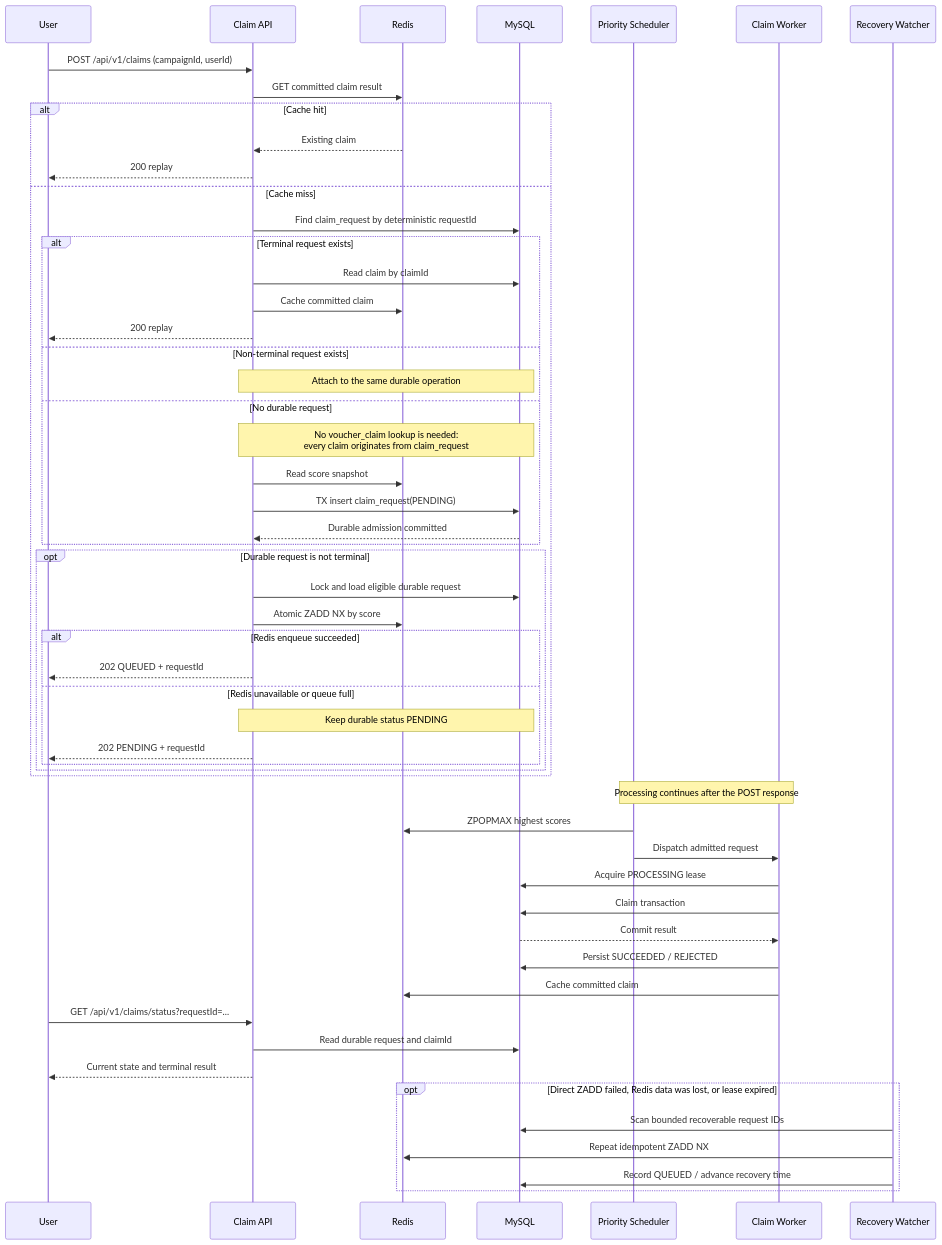
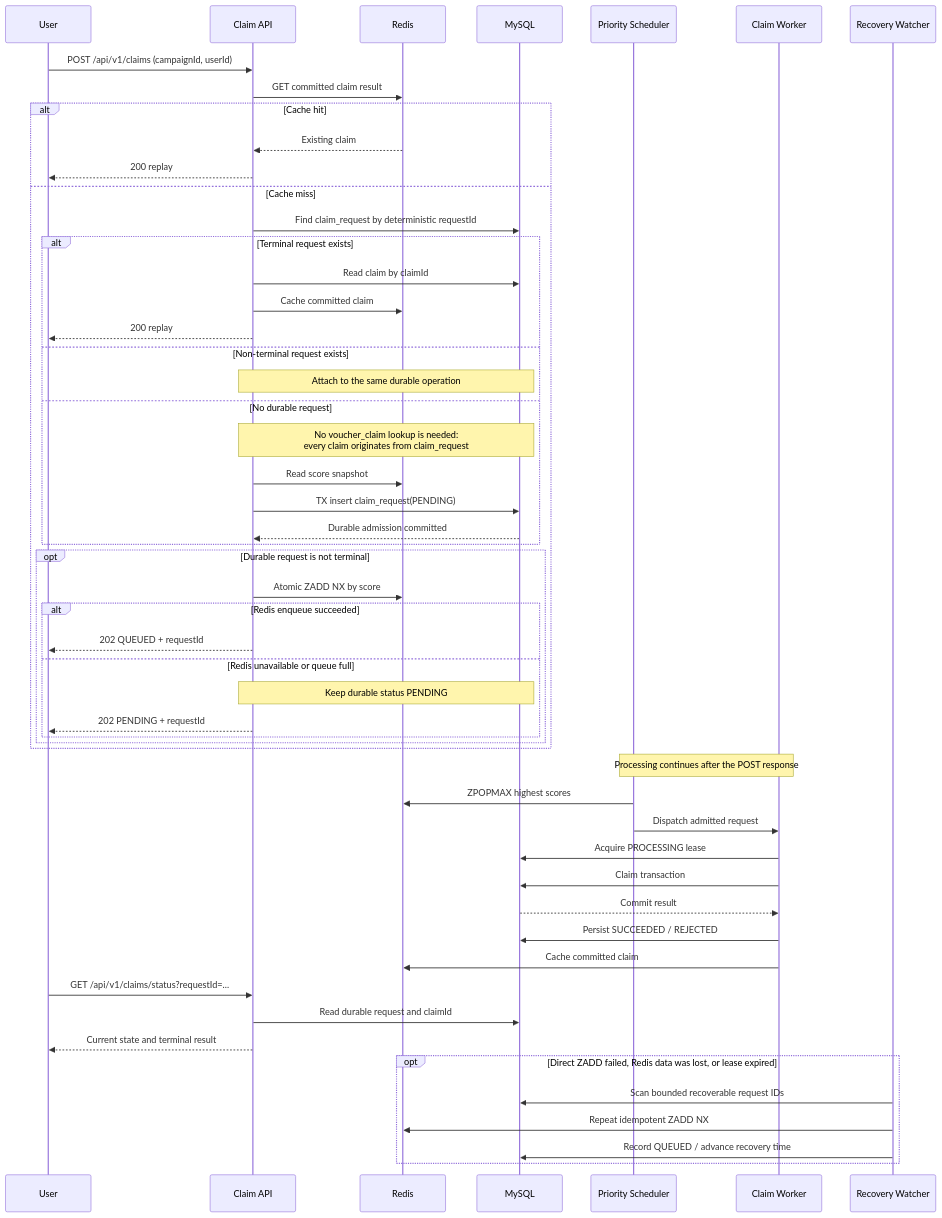
The tenth of 14 diagrams in SOLUTION.md (PhamDinhDuy-2508/Voucher-claim-system), drawn with Mermaid before and after one commit. The commit also changed 5 other files, not shown here.

````diff
--- a/SOLUTION.md
+++ b/SOLUTION.md
@@ -469,58 +469,57 @@
 ```mermaid
 sequenceDiagram
     participant U as User
     participant API as Claim API
     participant R as Redis
     participant DB as MySQL
     participant S as Priority Scheduler
     participant W as Claim Worker
     participant RW as Recovery Watcher
 
     U->>API: POST /api/v1/claims (campaignId, userId)
     API->>R: GET committed claim result
     alt Cache hit
         R-->>API: Existing claim
         API-->>U: 200 replay
     else Cache miss
         API->>DB: Find claim_request by deterministic requestId
         alt Terminal request exists
             API->>DB: Read claim by claimId
             API->>R: Cache committed claim
             API-->>U: 200 replay
         else Non-terminal request exists
             Note over API,DB: Attach to the same durable operation
         else No durable request
             Note over API,DB: No voucher_claim lookup is needed:<br/>every claim originates from claim_request
             API->>R: Read score snapshot
             API->>DB: TX insert claim_request(PENDING)
             DB-->>API: Durable admission committed
         end
         opt Durable request is not terminal
-            API->>DB: Lock and load eligible durable request
             API->>R: Atomic ZADD NX by score
             alt Redis enqueue succeeded
                 API-->>U: 202 QUEUED + requestId
             else Redis unavailable or queue full
                 Note over API,DB: Keep durable status PENDING
                 API-->>U: 202 PENDING + requestId
             end
         end
     end
 
     Note over S,W: Processing continues after the POST response
     S->>R: ZPOPMAX highest scores
     S->>W: Dispatch admitted request
     W->>DB: Acquire PROCESSING lease
     W->>DB: Claim transaction
     DB-->>W: Commit result
     W->>DB: Persist SUCCEEDED / REJECTED
     W->>R: Cache committed claim
     U->>API: GET /api/v1/claims/status?requestId=...
     API->>DB: Read durable request and claimId
     API-->>U: Current state and terminal result
     opt Direct ZADD failed, Redis data was lost, or lease expired
         RW->>DB: Scan bounded recoverable request IDs
         RW->>R: Repeat idempotent ZADD NX
         RW->>DB: Record QUEUED / advance recovery time
     end
 ```
````
